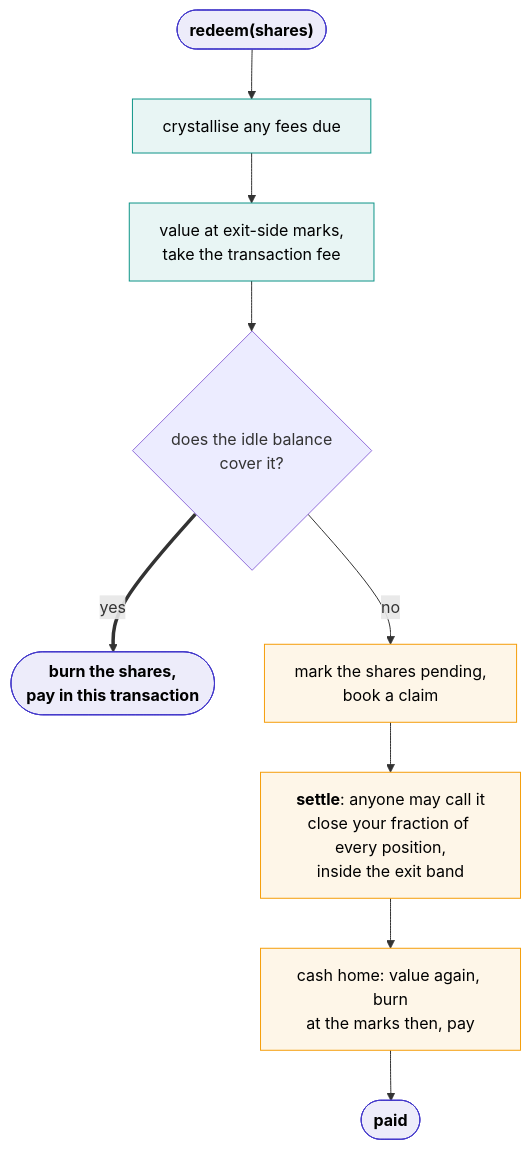
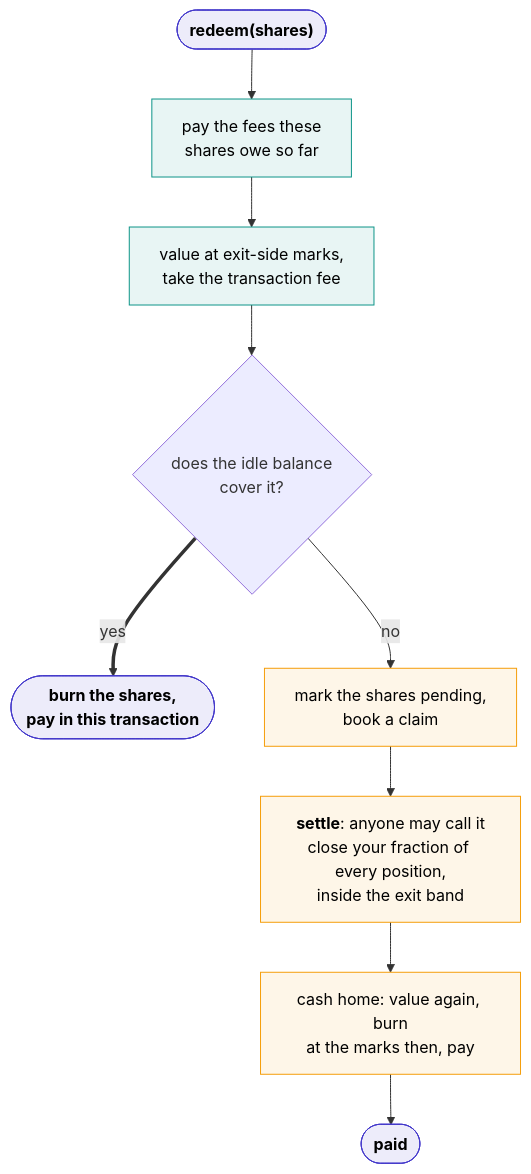
Before and after one commit to ShoninFi/shonin-platform: the diagram in docs/content/how-it-works/vaults.md, drawn with Mermaid. The commit also changed other lines of this file and 21 other files, not shown here.

````diff
--- a/docs/content/how-it-works/vaults.md
+++ b/docs/content/how-it-works/vaults.md
@@ -25,18 +25,18 @@
 ```mermaid
 flowchart TB
-    R(["redeem(shares)"]) --> C["crystallise any fees due"]
+    R(["redeem(shares)"]) --> C["pay the fees these<br/>shares owe so far"]
     C --> V["value at exit-side marks,<br/>take the transaction fee"]
     V --> Q{"does the idle balance<br/>cover it?"}
     Q ==>|yes| P(["burn the shares,<br/>pay in this transaction"])
     Q -->|no| B["mark the shares pending,<br/>book a claim"]
     B --> S["<b>settle</b>: anyone may call it<br/>close your fraction of every position,<br/>inside the exit band"]
     S --> H["cash home: value again, burn<br/>at the marks then, pay"]
     H --> P2(["paid"])
 
     classDef fast fill:#0d948818,stroke:#0d9488,color:inherit
     classDef slow fill:#f59e0b18,stroke:#f59e0b,color:inherit
     classDef ends fill:#4338ca18,stroke:#4338ca,color:inherit,font-weight:bold
     class C,V fast
     class B,S,H slow
     class R,P,P2 ends
 ```
````
